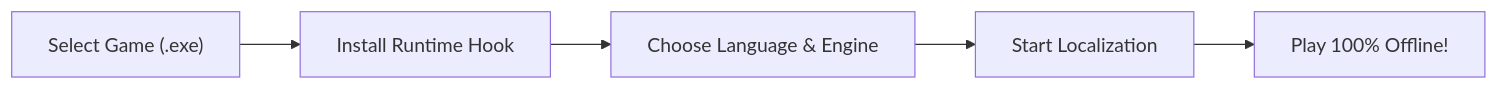
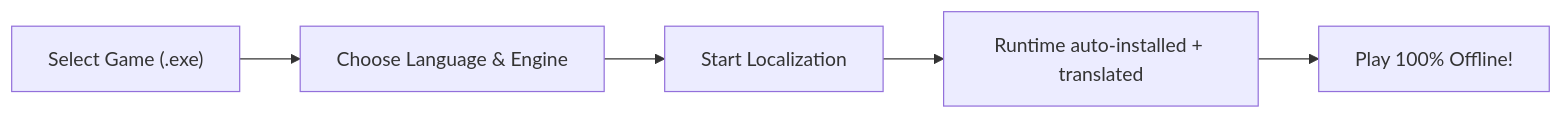
The diagram in README.md (Lord0fTurk/UnityLocalizer), drawn with Mermaid before and after one commit. The commit also changed other lines of this file and 61 other files, not shown here.

````diff
--- a/README.md
+++ b/README.md
@@ -40,7 +40,7 @@
 ```mermaid
 flowchart LR
-    A["Select Game (.exe)"] --> B["Install Runtime Hook"]
-    B --> C["Choose Language & Engine"]
-    C --> D["Start Localization"]
+    A["Select Game (.exe)"] --> B["Choose Language & Engine"]
+    B --> C["Start Localization"]
+    C --> D["Runtime auto-installed + translated"]
     D --> E["Play 100% Offline!"]
 ```
````
